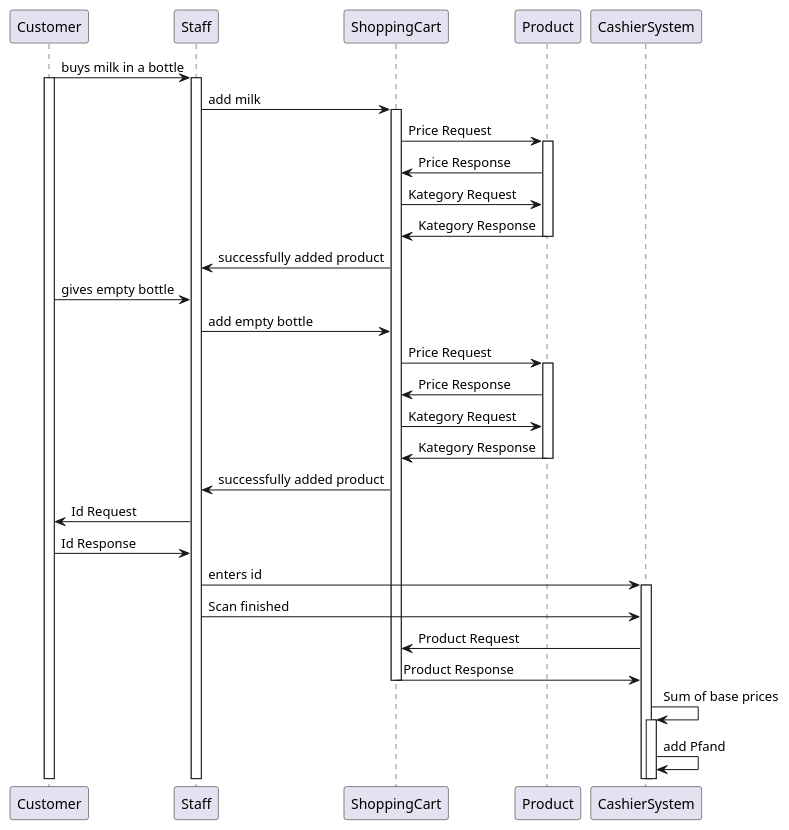
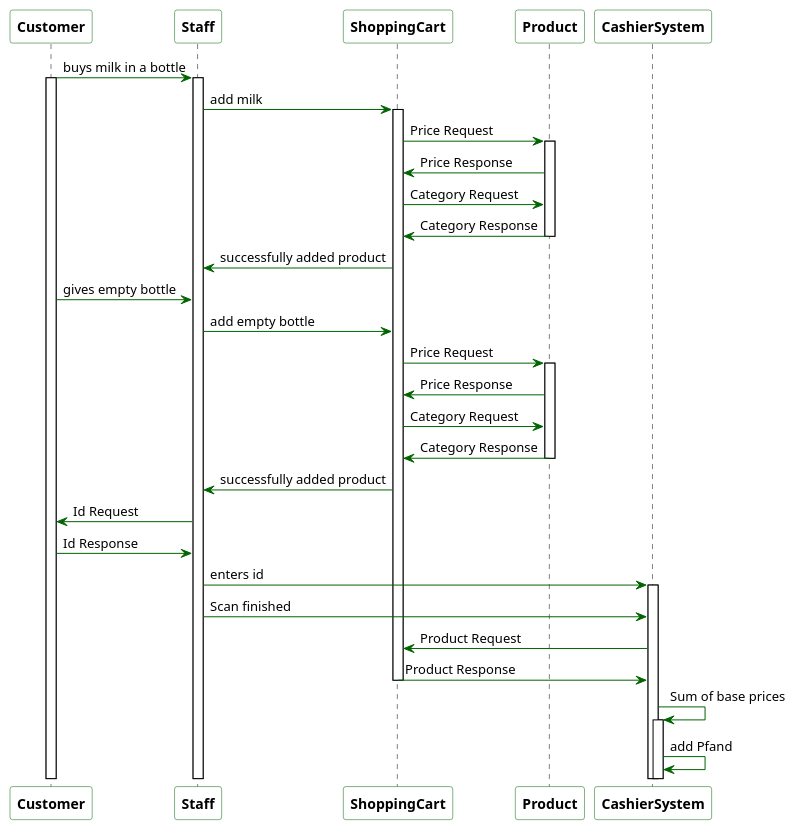
Before and after one commit to LimitlessGreen/swt18w43: the diagram in src/main/asciidoc/models/analysis/SequenceDiagrams/SequenceDiagram1.puml, drawn with PlantUML. The commit also changed 11 other files, not shown here.

First line of the commit message:
[improved] some diagrams

```diff
--- a/src/main/asciidoc/models/analysis/SequenceDiagrams/SequenceDiagram1.puml
+++ b/src/main/asciidoc/models/analysis/SequenceDiagrams/SequenceDiagram1.puml
@@ -1,36 +1,55 @@
 @startuml
+
+skinparam linetype ortho
+'skinparam groupInheritance 3
+'skinparam handwritten true
+hide circle
+
+skinparam participant{
+    BorderColor darkgreen
+    BackgroundColor white
+    FontStyle bold
+}
+
+skinparam arrow{
+    Color darkgreen
+}
+
+skinparam sequence{
+    LifeLineBorderColor black
+}
 
 Customer -> Staff: buys milk in a bottle
 activate Staff
 activate Customer
 ShoppingCart <- Staff: add milk
 activate ShoppingCart
 ShoppingCart -> Product: Price Request
 activate Product
 ShoppingCart <- Product: Price Response
-ShoppingCart -> Product: Kategory Request
-ShoppingCart <- Product: Kategory Response
+ShoppingCart -> Product: Category Request
+ShoppingCart <- Product: Category Response
 deactivate Product
 ShoppingCart -> Staff: successfully added product
 Customer -> Staff: gives empty bottle
 Staff -> ShoppingCart: add empty bottle
 ShoppingCart -> Product: Price Request
 activate Product
 ShoppingCart <- Product: Price Response
-ShoppingCart -> Product: Kategory Request
-ShoppingCart <- Product: Kategory Response
+ShoppingCart -> Product: Category Request
+ShoppingCart <- Product: Category Response
 deactivate Product
 ShoppingCart -> Staff: successfully added product
 Customer <- Staff: Id Request
 Customer -> Staff: Id Response
 Staff -> CashierSystem: enters id
 activate CashierSystem
 Staff -> CashierSystem: Scan finished
 CashierSystem -> ShoppingCart: Product Request
 CashierSystem <- ShoppingCart: Product Response
 deactivate ShoppingCart
 CashierSystem -> CashierSystem: Sum of base prices
 activate CashierSystem
 CashierSystem -> CashierSystem: add Pfand
 
 @enduml
```
